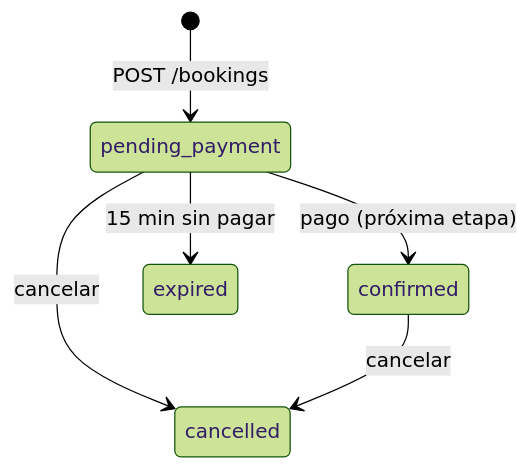
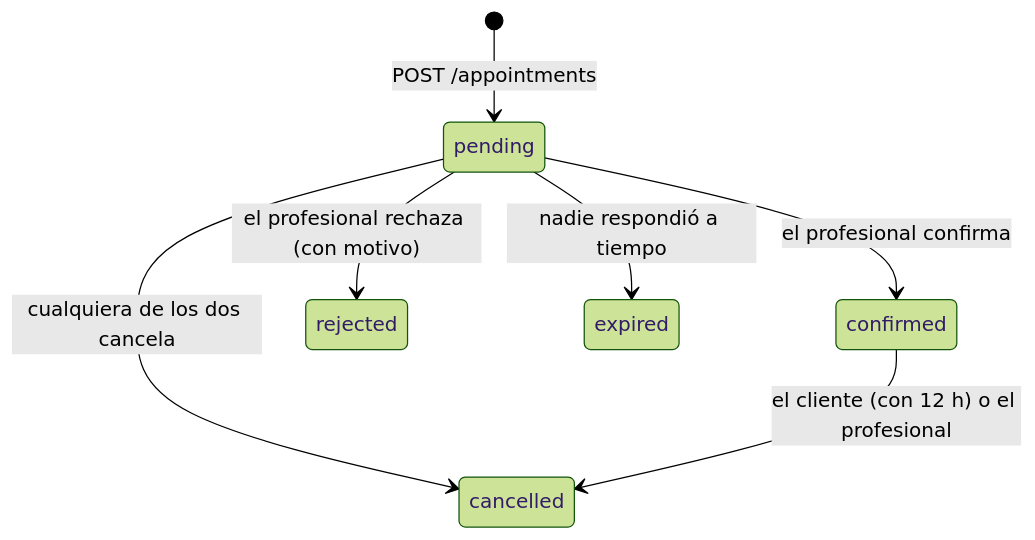
The diagram in README.es.md (pedrofelipe14/appointments-api), drawn with Mermaid (forest theme) before and after one commit. The commit also changed other lines of this file and 12 other files, not shown here.

````diff
--- a/README.es.md
+++ b/README.es.md
@@ -112,8 +97,9 @@
 ```mermaid
 stateDiagram-v2
-  [*] --> pending_payment: POST /bookings
-  pending_payment --> confirmed: pago (próxima etapa)
-  pending_payment --> expired: 15 min sin pagar
-  pending_payment --> cancelled: cancelar
-  confirmed --> cancelled: cancelar
+  [*] --> pending: POST /appointments
+  pending --> confirmed: el profesional confirma
+  pending --> rejected: el profesional rechaza (con motivo)
+  pending --> expired: nadie respondió a tiempo
+  pending --> cancelled: cualquiera de los dos cancela
+  confirmed --> cancelled: el cliente (con 12 h) o el profesional
 ```
````
